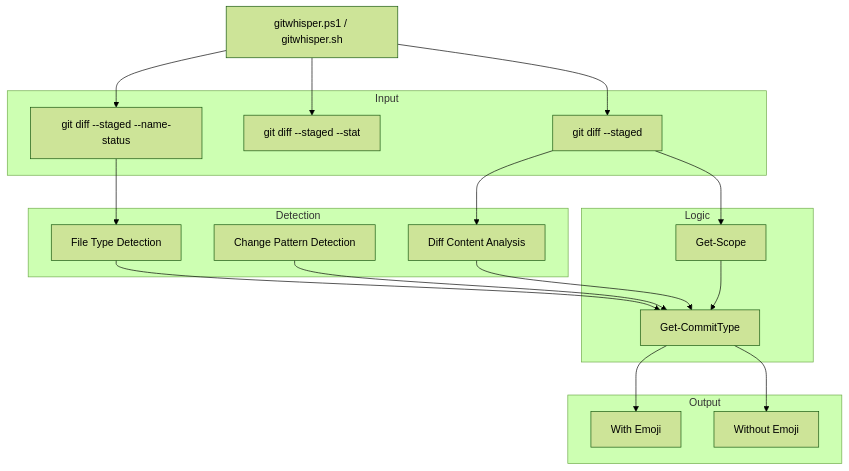
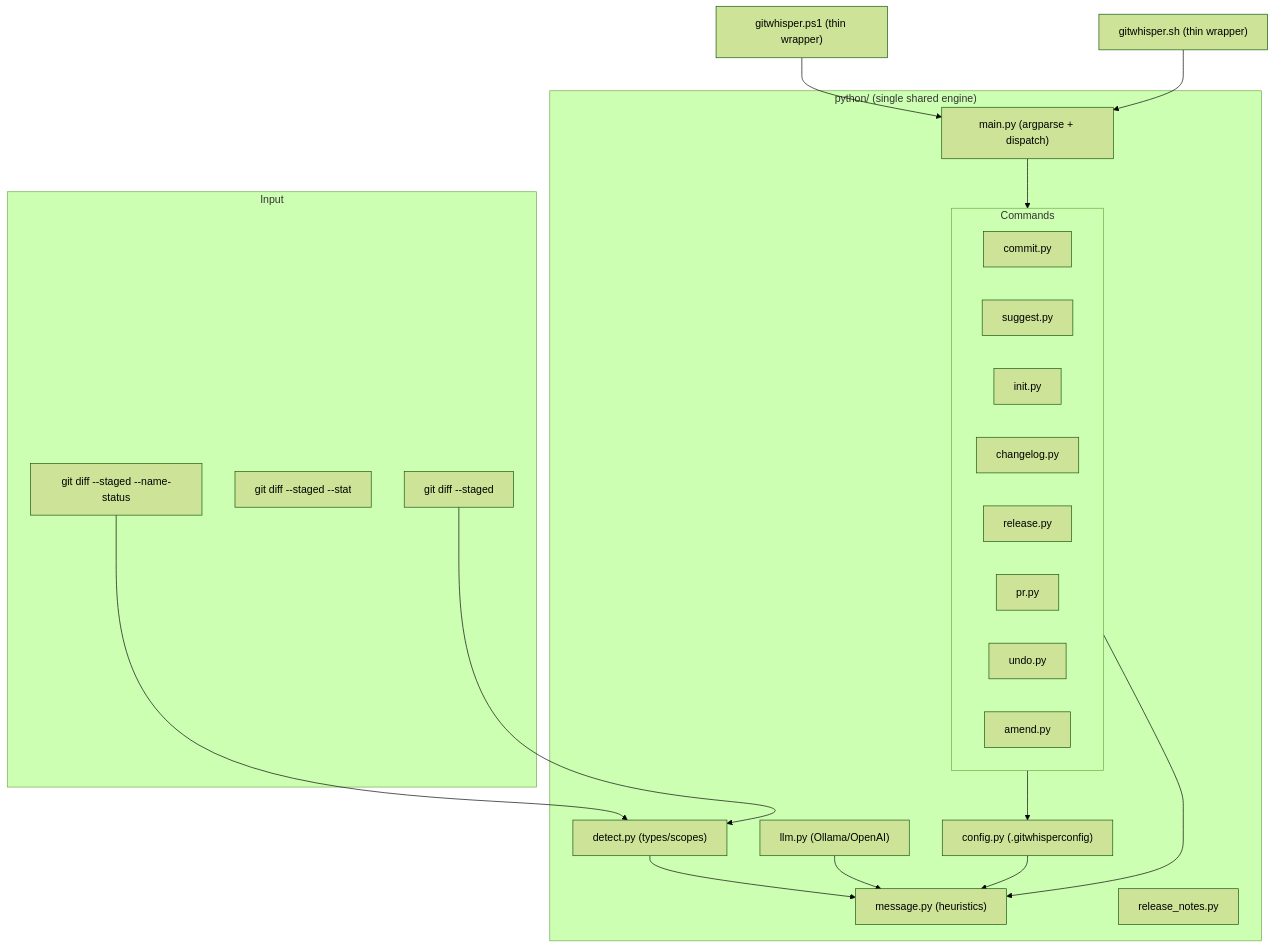
The first of 2 diagrams in README.md (Beno-Goulart/GitWhisper), drawn with Mermaid (forest theme) before and after one commit. The commit also changed other lines of this file and 48 other files, not shown here.

````diff
--- a/README.md
+++ b/README.md
@@ -255,42 +259,41 @@
 ```mermaid
 graph TD
-    Script["gitwhisper.ps1 / gitwhisper.sh"]
+    WrapperPS["gitwhisper.ps1 (thin wrapper)"]
+    WrapperSH["gitwhisper.sh (thin wrapper)"]
+
+    subgraph Engine["python/  (single shared engine)"]
+        Main["main.py (argparse + dispatch)"]
+        subgraph Commands
+            Commit["commit.py"]
+            Suggest["suggest.py"]
+            Init["init.py"]
+            Changelog["changelog.py"]
+            Release["release.py"]
+            Pr["pr.py"]
+            Undo["undo.py"]
+            Amend["amend.py"]
+        end
+        Message["message.py (heuristics)"]
+        Detect["detect.py (types/scopes)"]
+        Llm["llm.py (Ollama/OpenAI)"]
+        ReleaseNotes["release_notes.py"]
+        Config["config.py (.gitwhisperconfig)"]
+    end
 
     subgraph Input
         DiffStaged["git diff --staged --name-status"]
         DiffStat["git diff --staged --stat"]
         DiffContent["git diff --staged"]
     end
 
-    subgraph Detection
-        FileType["File Type Detection"]
-        ChangePattern["Change Pattern Detection"]
-        DiffAnalysis["Diff Content Analysis"]
-    end
-
-    subgraph Logic
-        Scope["Get-Scope"]
-        Type["Get-CommitType"]
-    end
-
-    subgraph Output
-        Emoji["With Emoji"]
-        NoEmoji["Without Emoji"]
-    end
-
-    Script --> DiffStaged
-    Script --> DiffStat
-    Script --> DiffContent
-
-    DiffStaged --> FileType
-    DiffContent --> DiffAnalysis
-
-    FileType --> Type
-    ChangePattern --> Type
-    DiffAnalysis --> Type
-
-    DiffContent --> Scope
-    Scope --> Type
-    Type --> Emoji
-    Type --> NoEmoji
+    WrapperPS --> Main
+    WrapperSH --> Main
+    DiffStaged --> Detect
+    DiffContent --> Detect
+    Detect --> Message
+    Llm --> Message
+    Main --> Commands
+    Commands --> Message
+    Config --> Message
+    Commands --> Config
 ```
````
